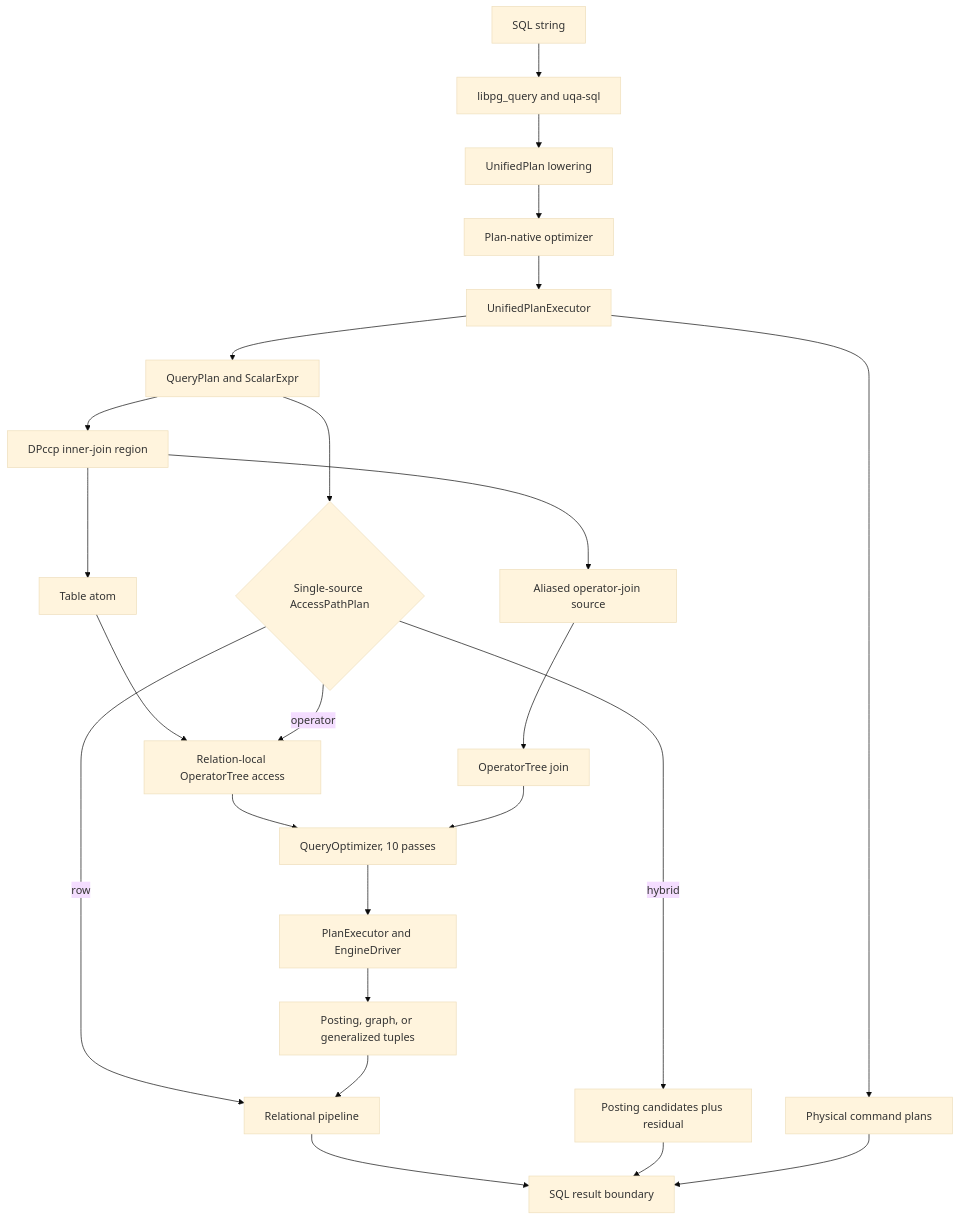
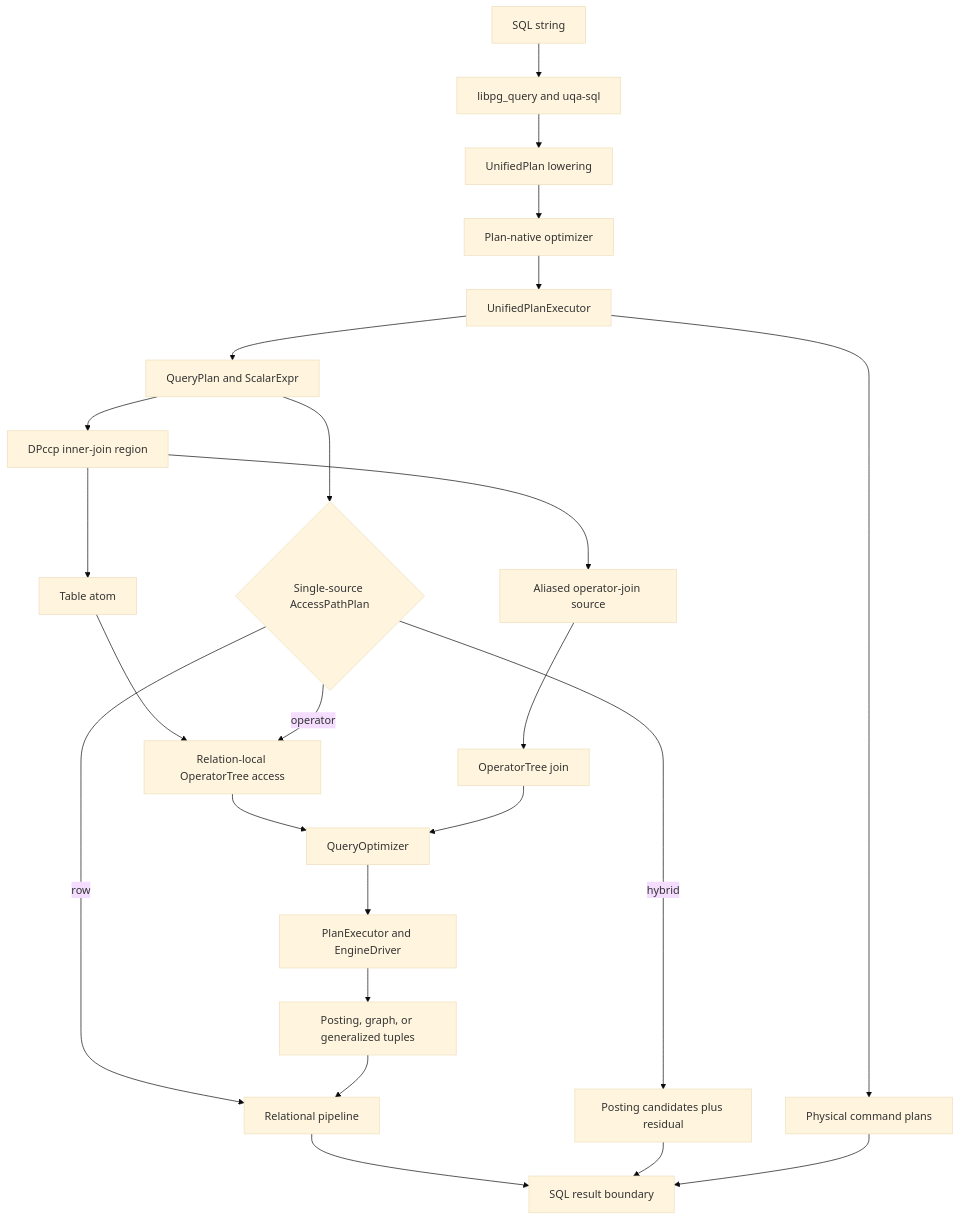
The third of 3 diagrams in docs/design/architecture.md (cognica-io/uqa-engine), drawn with Mermaid (base theme) before and after one commit. The commit also changed other lines of this file and 8 other files, not shown here.

````diff
--- a/docs/design/architecture.md
+++ b/docs/design/architecture.md
@@ -172,26 +172,26 @@
 ```mermaid
 flowchart TD
     SQL["SQL string"] --> Parse["libpg_query and uqa-sql"]
     Parse --> Lower["UnifiedPlan lowering"]
     Lower --> Optimize["Plan-native optimizer"]
     Optimize --> Execute["UnifiedPlanExecutor"]
     Execute --> Query["QueryPlan and ScalarExpr"]
     Execute --> Command["Physical command plans"]
     Query --> Region["DPccp inner-join region"]
     Region --> TableAtom["Table atom"]
     TableAtom --> LocalTree["Relation-local OperatorTree access"]
     Region --> TupleAtom["Aliased operator-join source"]
     TupleAtom --> Tree["OperatorTree join"]
     Query --> Access{"Single-source AccessPathPlan"}
     Access -->|row| Row["Relational pipeline"]
     Access -->|hybrid| Hybrid["Posting candidates plus residual"]
     Access -->|operator| LocalTree
-    LocalTree --> TreeOpt["QueryOptimizer, 10 passes"]
+    LocalTree --> TreeOpt["QueryOptimizer"]
     Tree --> TreeOpt
     TreeOpt --> Driver["PlanExecutor and EngineDriver"]
     Driver --> TupleRows["Posting, graph, or generalized tuples"]
     TupleRows --> Row
     Row --> Result["SQL result boundary"]
     Hybrid --> Result
     Command --> Result
 ```
````
